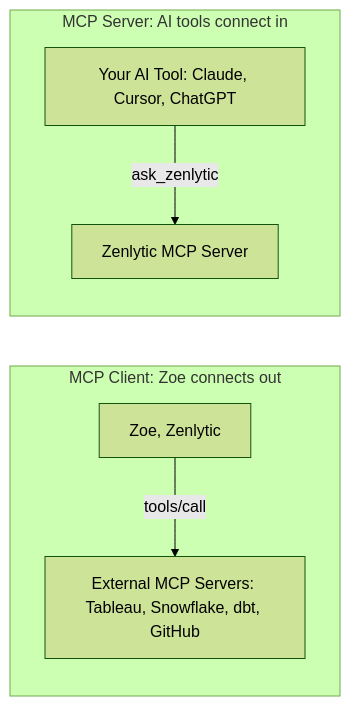
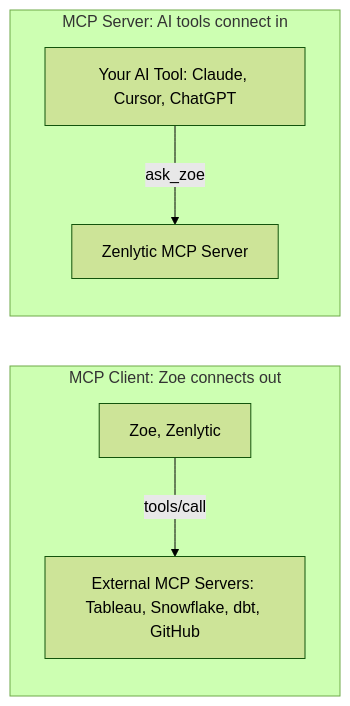
The diagram in docs/mcp/overview.md (Zenlytic/zenlytic-docs), drawn with Mermaid (forest theme) before and after one commit. The commit also changed 7 other files, not shown here.

Commit message:
[no-linear] Rename ask_zenlytic to ask_zoe

````diff
--- a/docs/mcp/overview.md
+++ b/docs/mcp/overview.md
@@ -14,14 +14,14 @@
 ```mermaid
 flowchart LR
     subgraph mcpclient[MCP Client: Zoe connects out]
         Zoe[Zoe, Zenlytic]
         Ext[External MCP Servers: Tableau, Snowflake, dbt, GitHub]
         Zoe -->|tools/call| Ext
     end
 
     subgraph mcpserver[MCP Server: AI tools connect in]
         AITool[Your AI Tool: Claude, Cursor, ChatGPT]
         ZenServer[Zenlytic MCP Server]
-        AITool -->|ask_zenlytic| ZenServer
+        AITool -->|ask_zoe| ZenServer
     end
 ```
````
